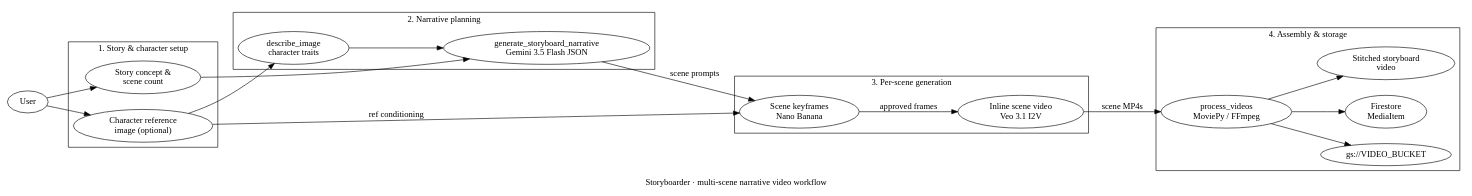
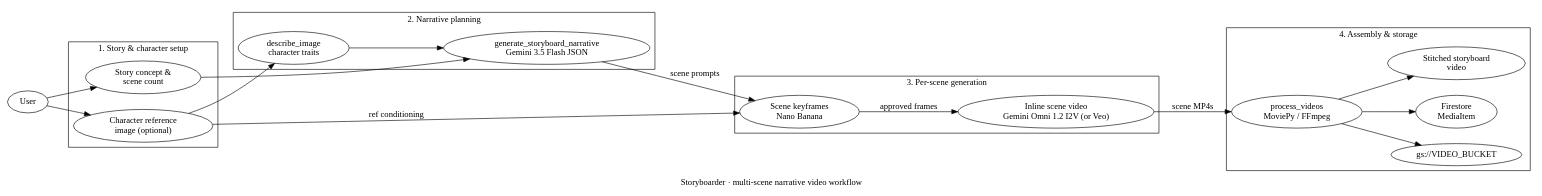
The diagram in docs-site/src/content/docs/core/assets/diagrams/workflow-storyboarder.dot (GoogleCloudPlatform/genmedia-creative-studio), drawn with Graphviz before and after one commit. The commit also changed 12 other files, not shown here.

First line of the commit message:
feat(core): default Storyboarder to Gemini Omni 1.2 (#2141)

```diff
--- a/docs-site/src/content/docs/core/assets/diagrams/workflow-storyboarder.dot
+++ b/docs-site/src/content/docs/core/assets/diagrams/workflow-storyboarder.dot
@@ -1,48 +1,48 @@
-// Storyboarder workflow: narrative JSON -> scene frames -> Veo clips -> MoviePy assembly.
+// Storyboarder workflow: narrative JSON -> scene frames -> Omni/Veo clips -> MoviePy assembly.
 digraph workflow_storyboarder {
   label = "Storyboarder · multi-scene narrative video workflow";
   rankdir = LR;
   ranksep = 0.55;
   nodesep = 0.35;
 
   user [label="User", class="terminal"];
 
   subgraph cluster_setup {
     label = "1. Story & character setup";
     concept [label="Story concept &\nscene count"];
     charref [label="Character reference\nimage (optional)", class="muted"];
   }
 
   subgraph cluster_narrative {
     label = "2. Narrative planning";
     class = "accent";
     desc [label="describe_image\ncharacter traits", class="agent-teal code"];
     arc  [label="generate_storyboard_narrative\nGemini 3.5 Flash JSON", class="primary code"];
   }
 
   subgraph cluster_scenes {
     label = "3. Per-scene generation";
     frames [label="Scene keyframes\nNano Banana", class="agent-blue"];
-    clips  [label="Inline scene video\nVeo 3.1 I2V", class="agent-violet"];
+    clips  [label="Inline scene video\nGemini Omni 1.2 I2V (or Veo)", class="agent-violet"];
   }
 
   subgraph cluster_post {
     label = "4. Assembly & storage";
     stitch    [label="process_videos\nMoviePy / FFmpeg", class="emphasis code"];
     gcs       [label="gs://VIDEO_BUCKET", class="store code"];
     firestore [label="Firestore\nMediaItem", class="store code"];
     final     [label="Stitched storyboard\nvideo", class="positive terminal"];
   }
 
   user -> {concept charref};
   charref -> desc [class="muted"];
   desc -> arc     [class="muted"];
   concept -> arc  [class="primary"];
   arc -> frames   [label="scene prompts", class="primary"];
   charref -> frames [label="ref conditioning", class="muted"];
   frames -> clips [label="approved frames", class="primary"];
   clips -> stitch [label="scene MP4s", class="primary"];
   stitch -> gcs   [class="async"];
   stitch -> firestore [class="async"];
   stitch -> final [class="positive"];
 }
```
